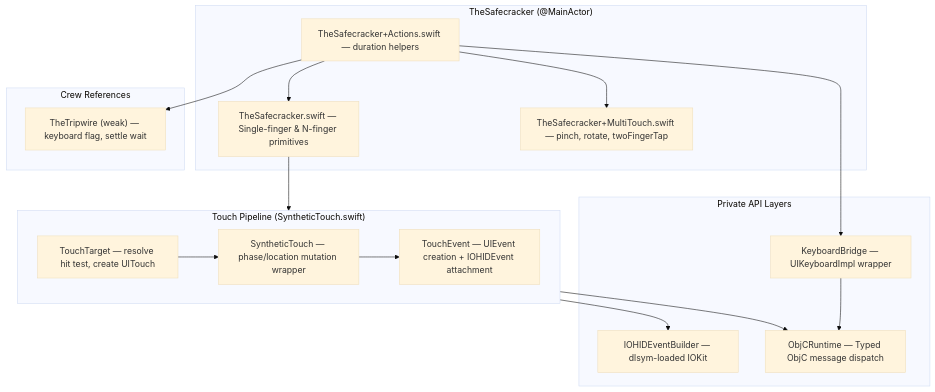
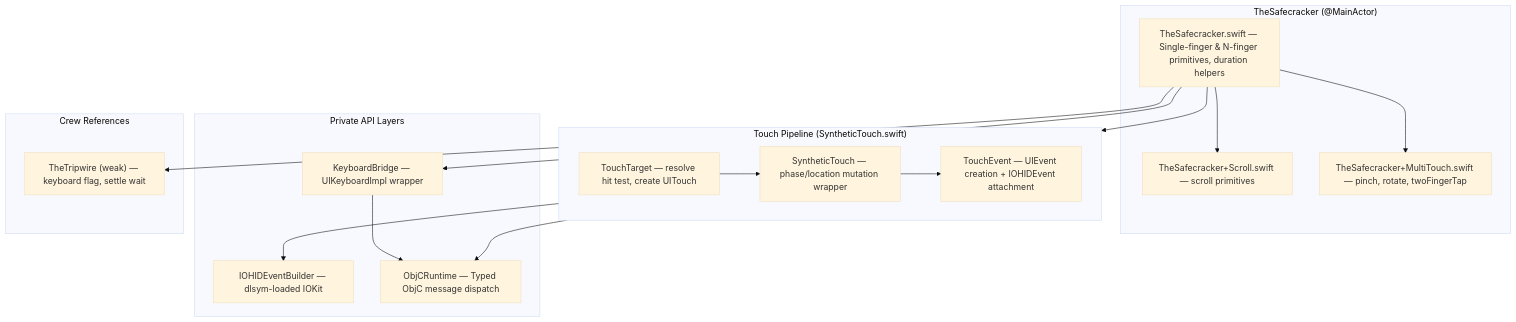
The first of 4 diagrams in docs/dossiers/14-THESAFECRACKER.md (RoyalPineapple/TheButtonHeist), drawn with Mermaid (base theme) before and after one commit. The commit also changed other lines of this file and 13 other files, not shown here.

````diff
--- a/docs/dossiers/14-THESAFECRACKER.md
+++ b/docs/dossiers/14-THESAFECRACKER.md
@@ -38,34 +39,34 @@
 ```mermaid
 graph TD
     subgraph TheSafecracker["TheSafecracker (@MainActor)"]
-        Actions["TheSafecracker+Actions.swift — duration helpers"]
-        Core["TheSafecracker.swift — Single-finger & N-finger primitives"]
+        Core["TheSafecracker.swift — Single-finger & N-finger primitives, duration helpers"]
+        Scroll["TheSafecracker+Scroll.swift — scroll primitives"]
         Multi["TheSafecracker+MultiTouch.swift — pinch, rotate, twoFingerTap"]
     end
 
     subgraph TouchPipeline["Touch Pipeline (SyntheticTouch.swift)"]
         TT["TouchTarget — resolve hit test, create UITouch"]
         ST["SyntheticTouch — phase/location mutation wrapper"]
         TE["TouchEvent — UIEvent creation + IOHIDEvent attachment"]
         TT --> ST --> TE
     end
 
     subgraph PrivateAPIs["Private API Layers"]
         IOHID["IOHIDEventBuilder — dlsym-loaded IOKit"]
         KB["KeyboardBridge — UIKeyboardImpl wrapper"]
         ObjC["ObjCRuntime — Typed ObjC message dispatch"]
     end
 
     subgraph Crew["Crew References"]
         Tripwire["TheTripwire (weak) — keyboard flag, settle wait"]
     end
 
-    Actions --> Core
-    Actions --> Multi
+    Core --> Multi
+    Core --> Scroll
     Core --> TouchPipeline
     TouchPipeline --> IOHID
     TouchPipeline --> ObjC
-    Actions --> KB
+    Core --> KB
     KB --> ObjC
-    Actions --> Tripwire
+    Core --> Tripwire
 ```
````
